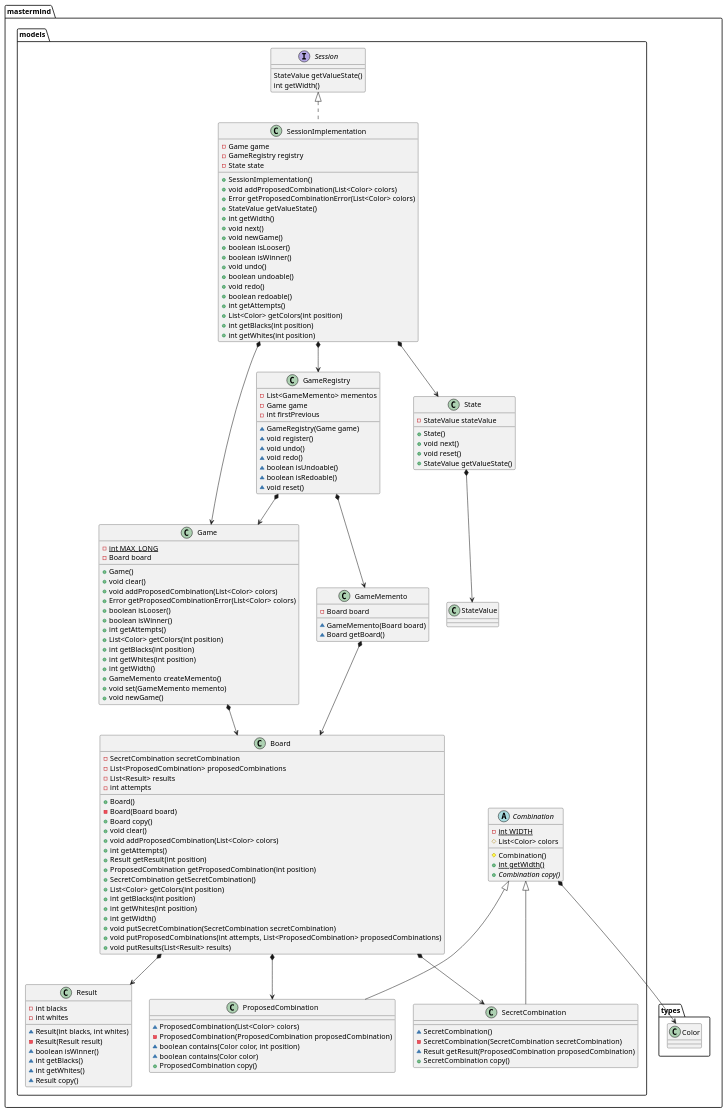
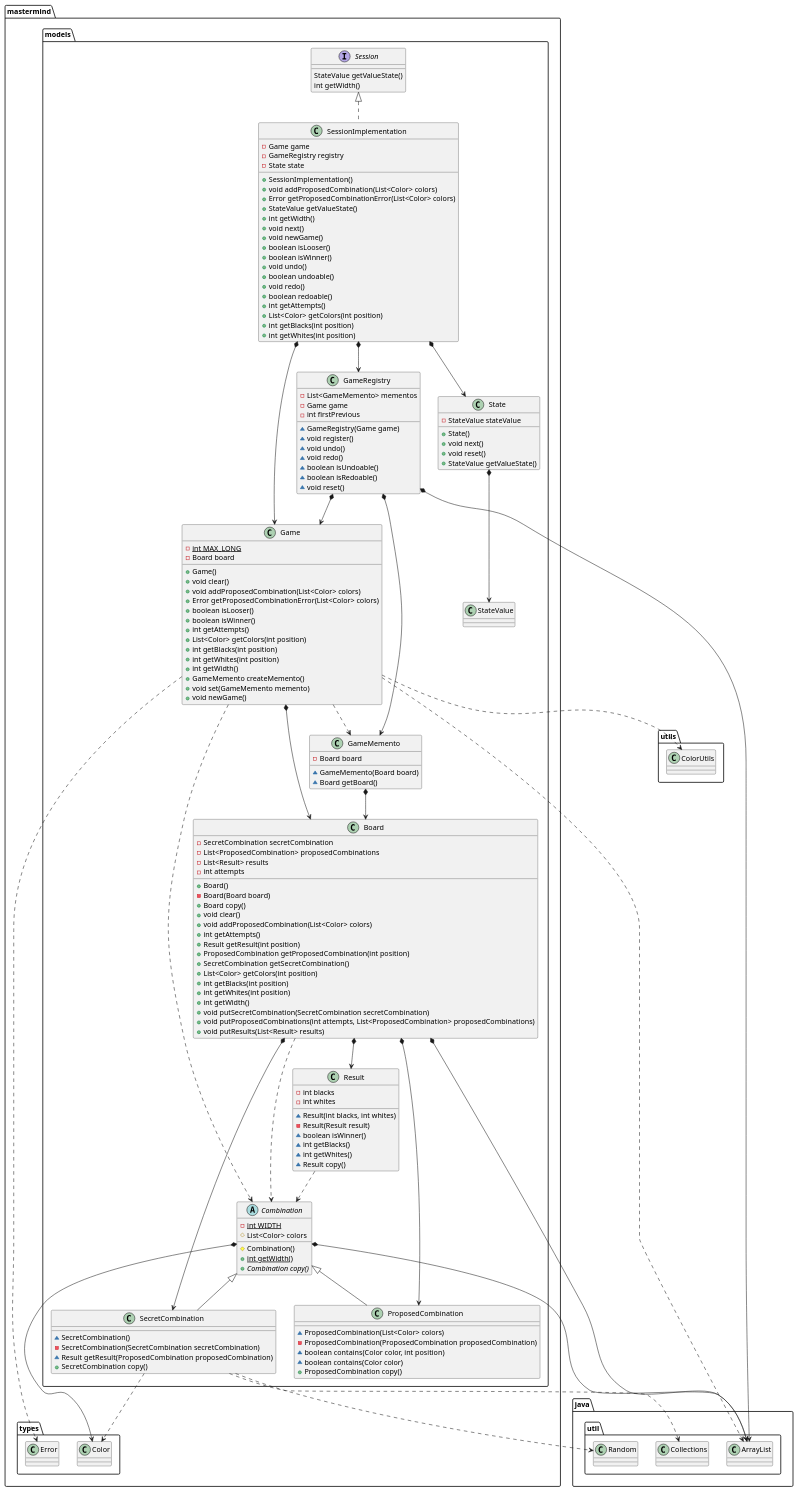
One commit to jprieto92/mastermindClientServer changed the diagram in docs/sources/paqueteMastermindModels.iuml. Above: the diagram before and after it, drawn with PlantUML. The commit also changed 7 other files, not shown here.

Commit message:
Update some UML diagrams with use relationships

```diff
--- a/docs/sources/paqueteMastermindModels.iuml
+++ b/docs/sources/paqueteMastermindModels.iuml
@@ -1,149 +1,162 @@
 @startuml
 
 class mastermind.models.Board [[java:jprieto.mastermind.models.Board]] {
 	-SecretCombination secretCombination
 	-List<ProposedCombination> proposedCombinations
 	-List<Result> results
 	-int attempts
 	+Board()
 	-Board(Board board)
 	+Board copy()
 	+void clear()
 	+void addProposedCombination(List<Color> colors)
 	+int getAttempts()
 	+Result getResult(int position)
 	+ProposedCombination getProposedCombination(int position)
 	+SecretCombination getSecretCombination()
 	+List<Color> getColors(int position)
 	+int getBlacks(int position)
 	+int getWhites(int position)
 	+int getWidth()
 	+void putSecretCombination(SecretCombination secretCombination)
 	+void putProposedCombinations(int attempts, List<ProposedCombination> proposedCombinations)
 	+void putResults(List<Result> results)
 }
 mastermind.models.Board *-down-> mastermind.models.SecretCombination
 mastermind.models.Board *-down-> mastermind.models.ProposedCombination
 mastermind.models.Board *-down-> mastermind.models.Result
+mastermind.models.Board *-down-> java.util.ArrayList
+mastermind.models.Board ..> mastermind.models.Combination
 
 abstract class mastermind.models.Combination [[java:jprieto.mastermind.models.Combination]] {
 	-{static}int WIDTH
 	#List<Color> colors
 	#Combination()
 	+{static}int getWidth()
 	+{abstract}Combination copy()
 }
 mastermind.models.Combination *-down-> mastermind.types.Color
+mastermind.models.Combination *-down-> java.util.ArrayList
 
 class mastermind.models.Game [[java:jprieto.mastermind.models.Game]] {
 	-{static}int MAX_LONG
 	-Board board
 	+Game()
 	+void clear()
 	+void addProposedCombination(List<Color> colors)
 	+Error getProposedCombinationError(List<Color> colors)
 	+boolean isLooser()
 	+boolean isWinner()
 	+int getAttempts()
 	+List<Color> getColors(int position)
 	+int getBlacks(int position)
 	+int getWhites(int position)
 	+int getWidth()
 	+GameMemento createMemento()
 	+void set(GameMemento memento)
 	+void newGame()
 }
 mastermind.models.Game *-down-> mastermind.models.Board
+mastermind.models.Game ..> mastermind.types.Error
+mastermind.models.Game ..> java.util.ArrayList
+mastermind.models.Game ..> mastermind.models.Combination
+mastermind.models.Game ..> utils.ColorUtils
+mastermind.models.Game ..> mastermind.models.GameMemento
 
 class mastermind.models.GameMemento [[java:jprieto.mastermind.models.GameMemento]] {
 	-Board board
 	~GameMemento(Board board)
 	~Board getBoard()
 }
 mastermind.models.GameMemento *-down-> mastermind.models.Board
 
 class mastermind.models.GameRegistry [[java:jprieto.mastermind.models.GameRegistry]] {
 	-List<GameMemento> mementos
 	-Game game
 	-int firstPrevious
 	~GameRegistry(Game game)
 	~void register()
 	~void undo()
 	~void redo()
 	~boolean isUndoable()
 	~boolean isRedoable()
 	~void reset()
 }
 mastermind.models.GameRegistry *-down-> mastermind.models.GameMemento
 mastermind.models.GameRegistry *-down-> mastermind.models.Game
+mastermind.models.GameRegistry *-down-> java.util.ArrayList
 
 class mastermind.models.ProposedCombination [[java:jprieto.mastermind.models.ProposedCombination]] {
 	~ProposedCombination(List<Color> colors)
 	-ProposedCombination(ProposedCombination proposedCombination)
 	~boolean contains(Color color, int position)
 	~boolean contains(Color color)
 	+ProposedCombination copy()
 }
 mastermind.models.Combination <|-- mastermind.models.ProposedCombination
 
 class mastermind.models.Result [[java:jprieto.mastermind.models.Result]] {
 	-int blacks
 	-int whites
 	~Result(int blacks, int whites)
 	-Result(Result result)
 	~boolean isWinner()
 	~int getBlacks()
 	~int getWhites()
 	~Result copy()
 }
+mastermind.models.Result ..> mastermind.models.Combination
 
 class mastermind.models.SecretCombination [[java:jprieto.mastermind.models.SecretCombination]] {
 	~SecretCombination()
 	-SecretCombination(SecretCombination secretCombination)
 	~Result getResult(ProposedCombination proposedCombination)
 	+SecretCombination copy()
 }
 mastermind.models.Combination <|-- mastermind.models.SecretCombination
+mastermind.models.SecretCombination ..> mastermind.types.Color
+mastermind.models.SecretCombination ..> java.util.Collections
+mastermind.models.SecretCombination ..> java.util.Random
 
 interface mastermind.models.Session [[java:jprieto.mastermind.models.Session]] {
 	StateValue getValueState()
 	int getWidth()
 }
 
 class mastermind.models.SessionImplementation [[java:jprieto.mastermind.models.SessionImplementation]] {
 	-Game game
 	-GameRegistry registry
 	-State state
 	+SessionImplementation()
 	+void addProposedCombination(List<Color> colors)
 	+Error getProposedCombinationError(List<Color> colors)
 	+StateValue getValueState()
 	+int getWidth()
 	+void next()
 	+void newGame()
 	+boolean isLooser()
 	+boolean isWinner()
 	+void undo()
 	+boolean undoable()
 	+void redo()
 	+boolean redoable()
 	+int getAttempts()
 	+List<Color> getColors(int position)
 	+int getBlacks(int position)
 	+int getWhites(int position)
 }
 mastermind.models.SessionImplementation *-down-> mastermind.models.Game
 mastermind.models.SessionImplementation *-down-> mastermind.models.GameRegistry
 mastermind.models.SessionImplementation *-down-> mastermind.models.State
 mastermind.models.Session <|.. mastermind.models.SessionImplementation
 
 class mastermind.models.State [[java:jprieto.mastermind.models.State]] {
 	-StateValue stateValue
 	+State()
 	+void next()
 	+void reset()
 	+StateValue getValueState()
 }
 mastermind.models.State *-down-> mastermind.models.StateValue
 
 @enduml
```
